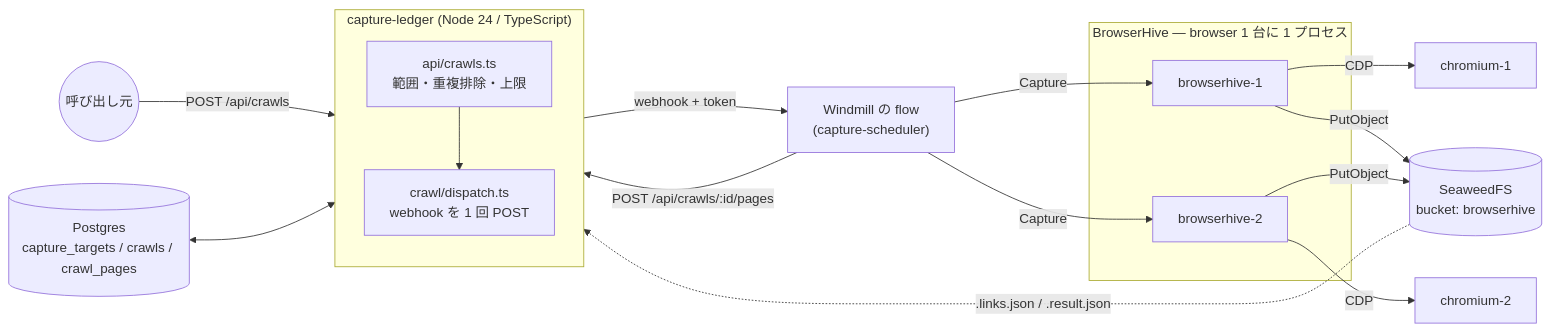
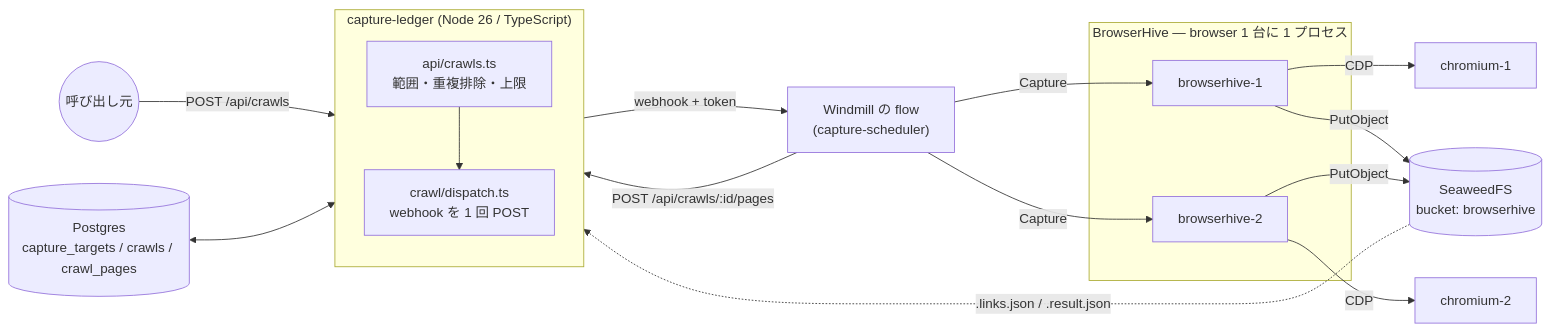
The first of 2 diagrams in docs-site/src/content/docs/ja/architecture.mdx (uraitakahito/capture-ledger), drawn with Mermaid before and after one commit. The commit also changed 6 other files, not shown here.

First line of the commit message:
chore!: Node 26 に上げる（CAPTURE-110） (#460)

````diff
--- a/docs-site/src/content/docs/ja/architecture.mdx
+++ b/docs-site/src/content/docs/ja/architecture.mdx
@@ -8,24 +8,24 @@
 ```mermaid
 flowchart LR
   U((呼び出し元)) -->|"POST /api/crawls"| W
   PG[("Postgres<br/>capture_targets / crawls / crawl_pages")] <--> W
-  subgraph W["capture-ledger (Node 24 / TypeScript)"]
+  subgraph W["capture-ledger (Node 26 / TypeScript)"]
     direction TB
     API["api/crawls.ts<br/>範囲・重複排除・上限"]
     DIS["crawl/dispatch.ts<br/>webhook を 1 回 POST"]
     API --> DIS
   end
   DIS -->|"webhook + token"| WM["Windmill の flow<br/>(capture-scheduler)"]
   WM -->|Capture| BH1
   WM -->|Capture| BH2
   subgraph BH["BrowserHive — browser 1 台に 1 プロセス"]
     BH1[browserhive-1]
     BH2[browserhive-2]
   end
   BH1 -->|CDP| C1[chromium-1]
   BH2 -->|CDP| C2[chromium-2]
   BH1 -->|PutObject| S3[(SeaweedFS<br/>bucket: browserhive)]
   BH2 -->|PutObject| S3
   WM -->|"POST /api/crawls/:id/pages"| API
   S3 -.->|".links.json / .result.json"| API
 ```
````
